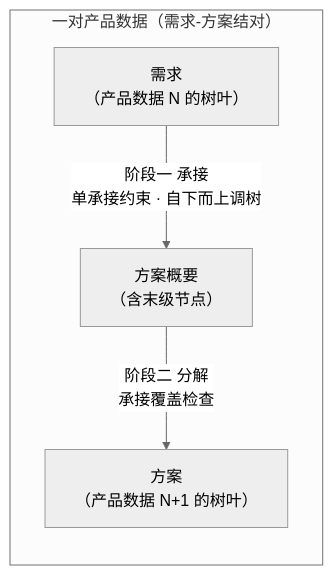
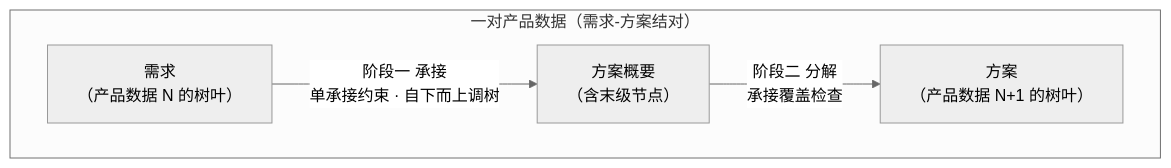
The first of 4 diagrams in 50-research/00-系统工程相关研究报告/20-由需求开发方案研究报告-需求方案对与两阶段设计算法.md (Yongjunzhou/AOS-system-design), drawn with Mermaid (neutral theme) before and after one commit. The commit also changed other lines of this file, not shown here.

Commit message:
[教材] 20号报告·三张流程图方向统一 LR→TD（用户改：〇结对图/4.1循环图/5.3链路图）（2026-09-02）

````diff
--- a/50-research/00-系统工程相关研究报告/20-由需求开发方案研究报告-需求方案对与两阶段设计算法.md
+++ b/50-research/00-系统工程相关研究报告/20-由需求开发方案研究报告-需求方案对与两阶段设计算法.md
@@ -13,10 +13,10 @@
 ```mermaid
-flowchart LR
+flowchart TD
     subgraph pair["一对产品数据（需求-方案结对）"]
         N["需求<br/>（产品数据 N 的树叶）"]
         A["方案概要<br/>（含末级节点）"]
         S["方案<br/>（产品数据 N+1 的树叶）"]
         N -->|"阶段一 承接<br/>单承接约束 · 自下而上调树"| A
         A -->|"阶段二 分解<br/>承接覆盖检查"| S
     end
 ```
````
